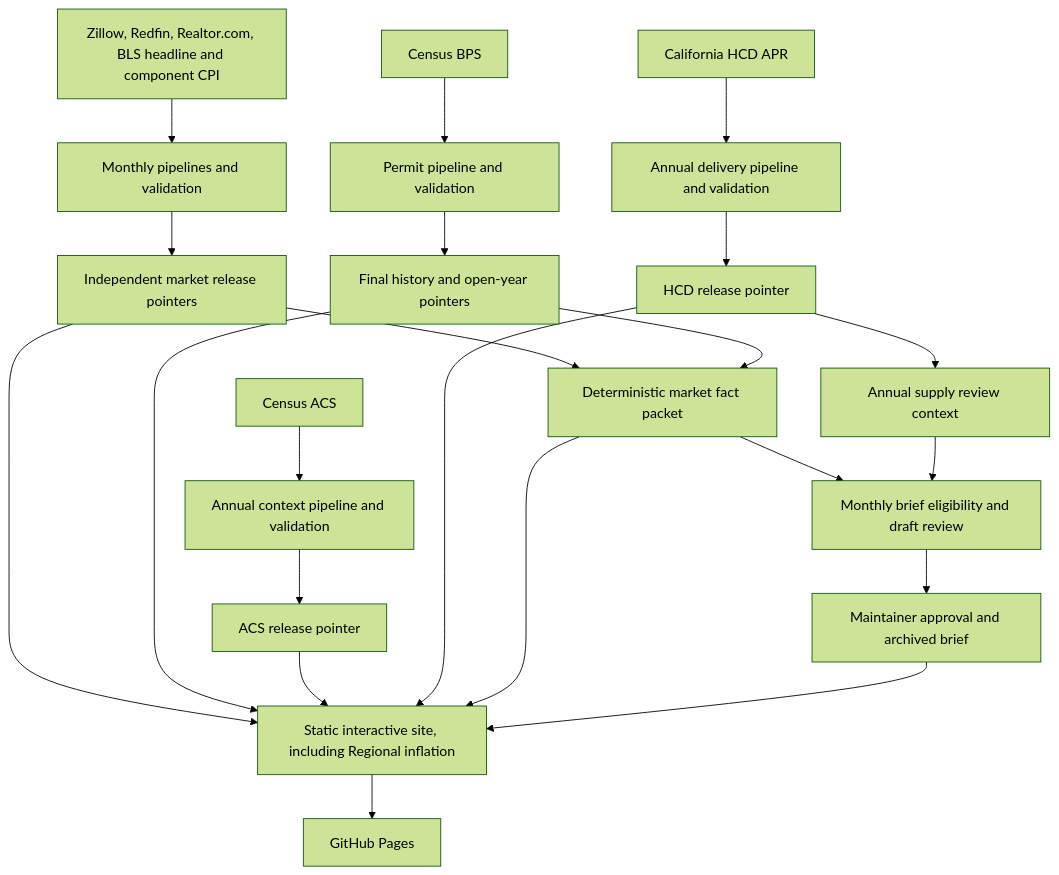
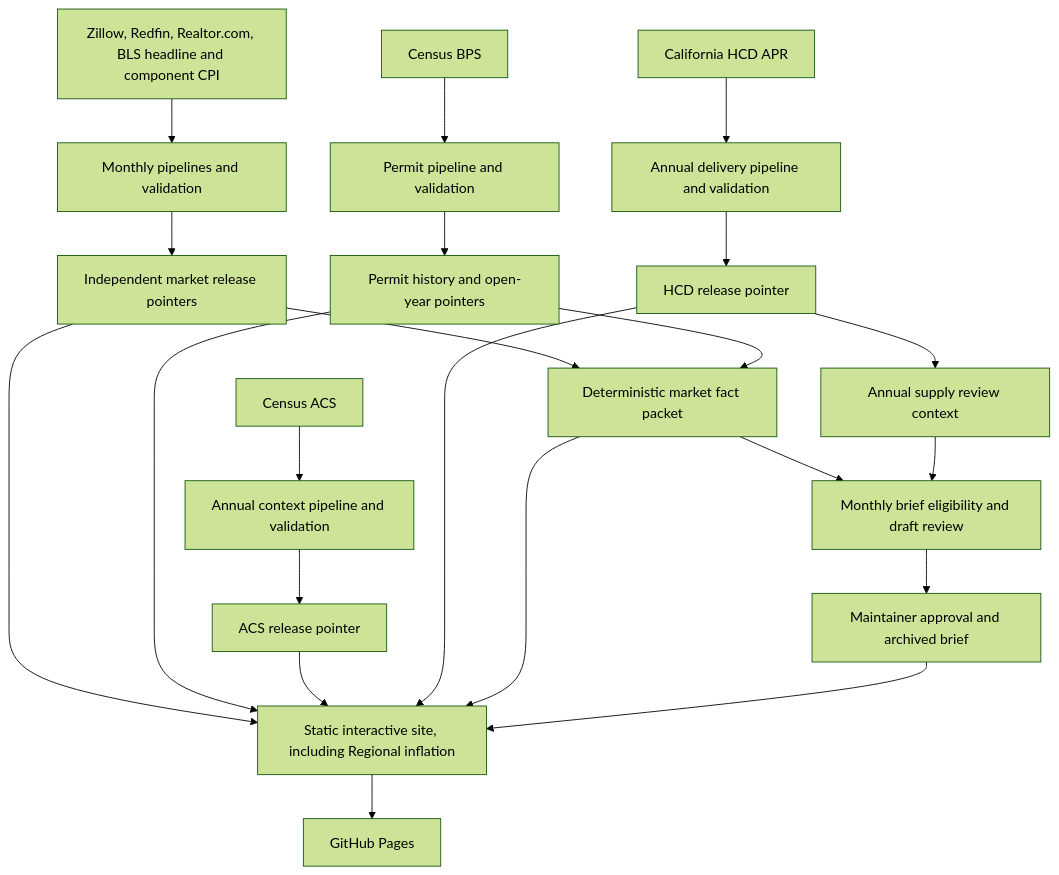
Before and after one commit to desenlin/housing-market-lab: the diagram in README.md, drawn with Mermaid (forest theme). The commit also changed other lines of this file and 9 other files, not shown here.

````diff
--- a/README.md
+++ b/README.md
@@ -56,24 +58,24 @@
 ```mermaid
 flowchart TD
   M["Zillow, Redfin, Realtor.com, BLS headline and component CPI"] --> MP["Monthly pipelines and validation"]
   MP --> MR["Independent market release pointers"]
   B["Census BPS"] --> BP["Permit pipeline and validation"]
-  BP --> BR["Final history and open-year pointers"]
+  BP --> BR["Permit history and open-year pointers"]
   A["Census ACS"] --> AP["Annual context pipeline and validation"]
   AP --> AR["ACS release pointer"]
   H["California HCD APR"] --> HP["Annual delivery pipeline and validation"]
   HP --> HR["HCD release pointer"]
   MR --> UI["Static interactive site, including Regional inflation"]
   BR --> UI
   AR --> UI
   HR --> UI
   MR --> F["Deterministic market fact packet"]
   BR --> F
   F --> UI
   F --> D["Monthly brief eligibility and draft review"]
   HR --> HC["Annual supply review context"]
   HC --> D
   D --> R["Maintainer approval and archived brief"]
   R --> UI
   UI --> P["GitHub Pages"]
 ```
````
